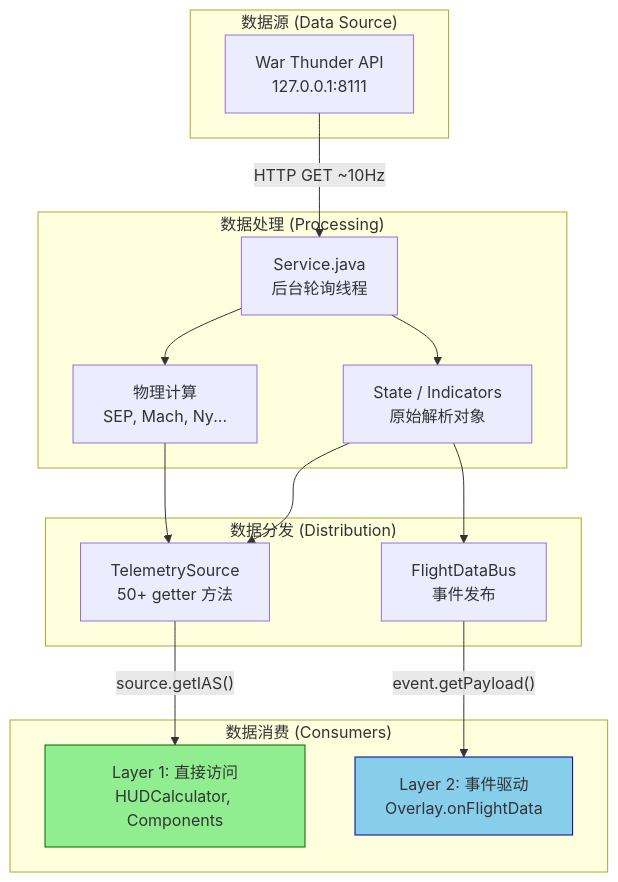
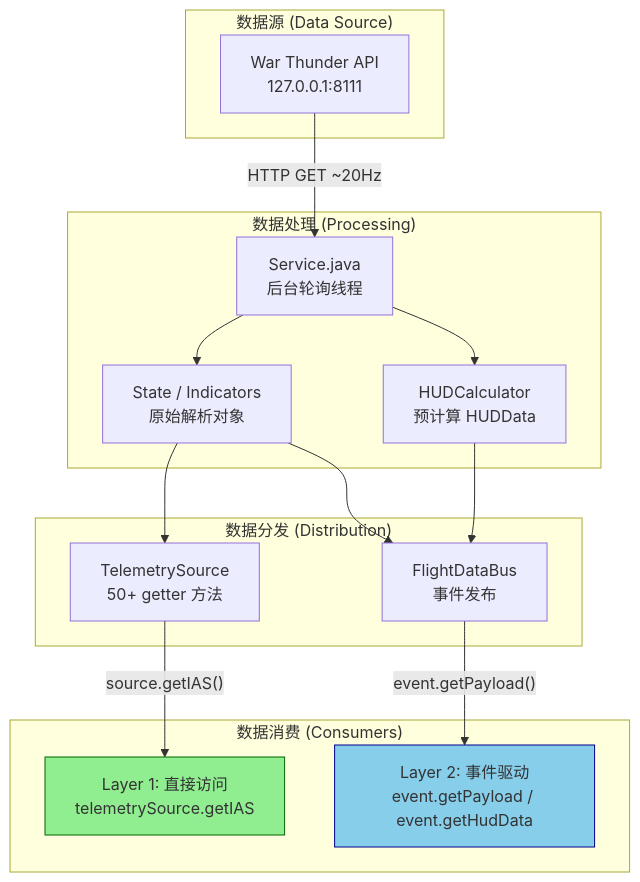
The third of 3 diagrams in doc/数据流架构指南.md (matrixsukhoi/voidmei), drawn with Mermaid before and after one commit. The commit also changed other lines of this file and 5 other files, not shown here.

````diff
--- a/doc/数据流架构指南.md
+++ b/doc/数据流架构指南.md
@@ -387,36 +480,36 @@
 ```mermaid
 graph TB
     subgraph "数据源 (Data Source)"
         WT[War Thunder API<br/>127.0.0.1:8111]
     end
 
     subgraph "数据处理 (Processing)"
         SVC[Service.java<br/>后台轮询线程]
         STATE[State / Indicators<br/>原始解析对象]
-        CALC[物理计算<br/>SEP, Mach, Ny...]
+        CALC[HUDCalculator<br/>预计算 HUDData]
     end
 
     subgraph "数据分发 (Distribution)"
         TS[TelemetrySource<br/>50+ getter 方法]
         BUS[FlightDataBus<br/>事件发布]
     end
 
     subgraph "数据消费 (Consumers)"
-        L1[Layer 1: 直接访问<br/>HUDCalculator, Components]
-        L2[Layer 2: 事件驱动<br/>Overlay.onFlightData]
+        L1[Layer 1: 直接访问<br/>telemetrySource.getIAS]
+        L2[Layer 2: 事件驱动<br/>event.getPayload / event.getHudData]
     end
 
-    WT -->|HTTP GET ~10Hz| SVC
+    WT -->|HTTP GET ~20Hz| SVC
     SVC --> STATE
     SVC --> CALC
 
     STATE --> TS
-    CALC --> TS
+    CALC --> BUS
     STATE --> BUS
 
     TS -->|"source.getIAS()"| L1
     BUS -->|"event.getPayload()"| L2
 
     style L1 fill:#90EE90,stroke:#006400
     style L2 fill:#87CEEB,stroke:#00008B
 ```
````
